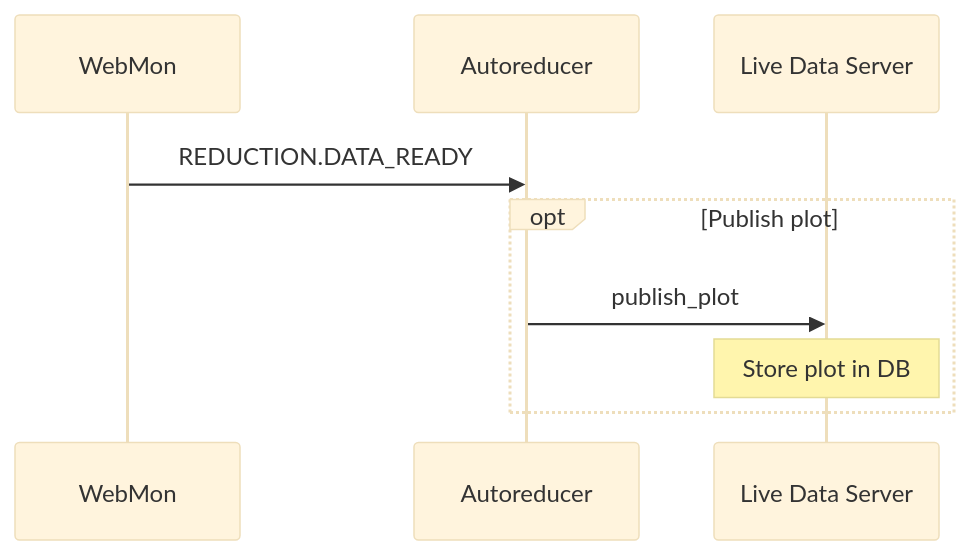
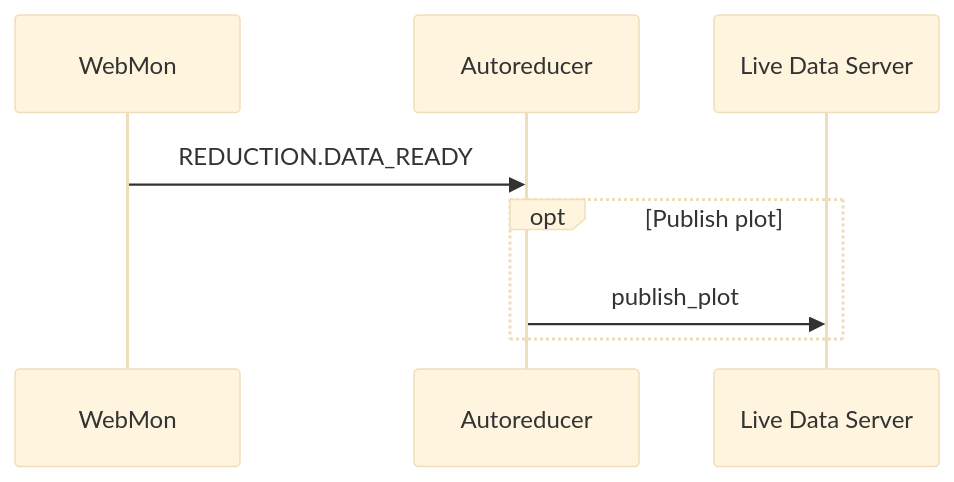
Before and after one commit to neutrons/data_workflow: the eighth of 10 diagrams in docs/developer/design/communication_flows.rst, drawn with Mermaid (base theme). The commit also changed other lines of this file and 1 other file, not shown here.

```diff
--- a/docs/developer/design/communication_flows.rst
+++ b/docs/developer/design/communication_flows.rst
@@ -185,12 +185,11 @@
 .. mermaid::
 
     sequenceDiagram
         participant WebMon
         participant Autoreducer
         participant Live Data Server
 
         WebMon->>Autoreducer: REDUCTION.DATA_READY
         opt Publish plot
             Autoreducer->>Live Data Server: publish_plot
-            Note over Live Data Server: Store plot in DB
         end
```
